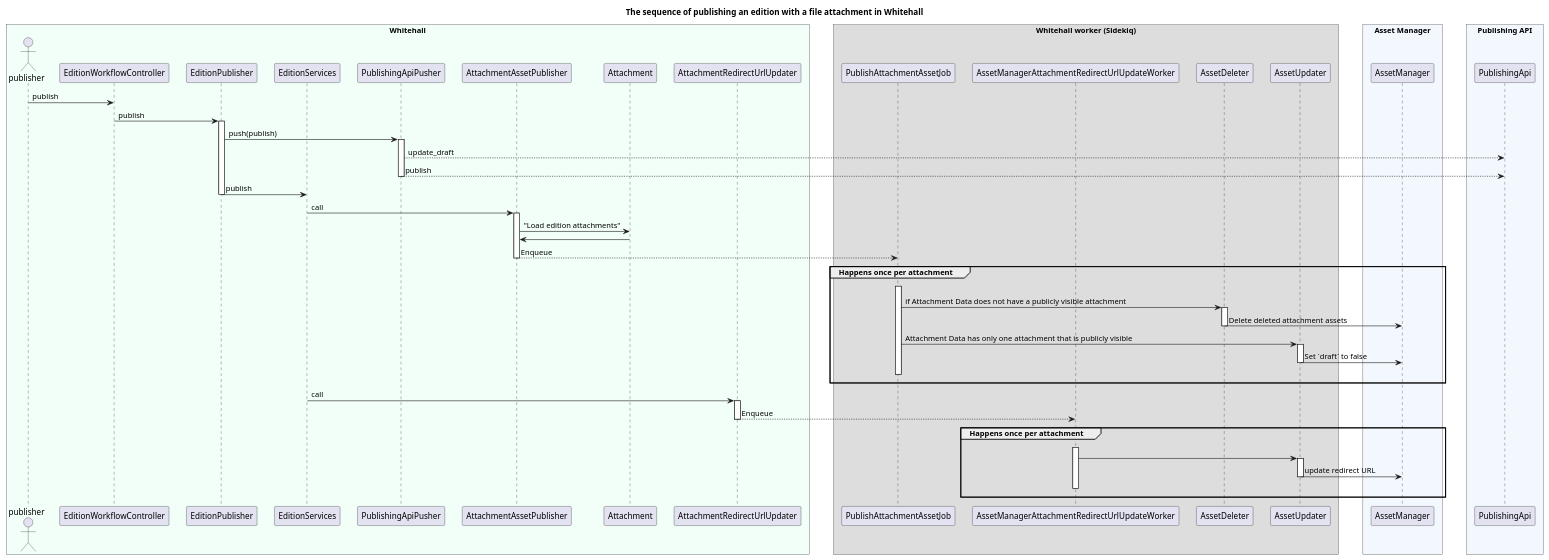
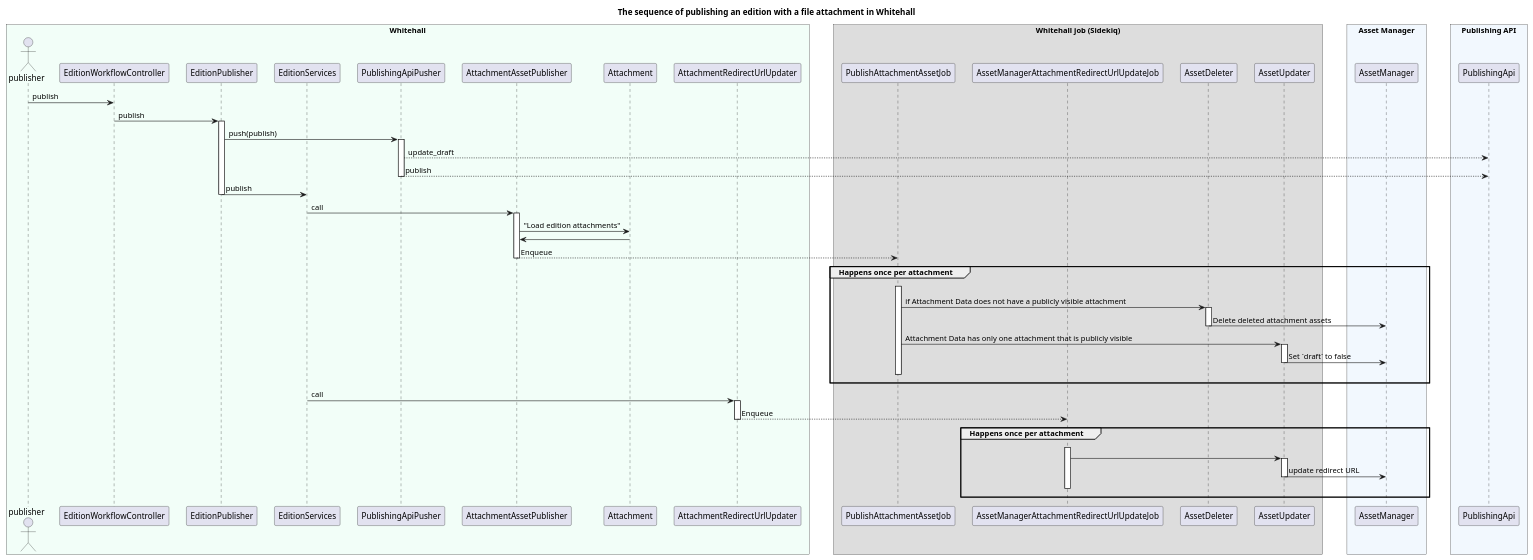
The diagram in docs/diagrams/asset_attachment_edition_publishing_flow.puml (alphagov/whitehall), drawn with PlantUML before and after one commit. The commit also changed 296 other files, not shown here.

Commit message:
Rename worker with job

```diff
--- a/docs/diagrams/asset_attachment_edition_publishing_flow.puml
+++ b/docs/diagrams/asset_attachment_edition_publishing_flow.puml
@@ -1,73 +1,73 @@
 @startuml asset_attachment_edition_publishing_flow
 
 title The sequence of publishing an edition with a file attachment in Whitehall
 skinparam BoxPadding 20
 skinparam ParticipantPadding 10
 
 box "Whitehall" #f2fef8
 actor publisher
 participant EditionWorkflowController
 participant EditionPublisher
 participant EditionServices
 participant PublishingApiPusher
 participant AttachmentAssetPublisher
 participant Attachment
 participant AttachmentRedirectUrlUpdater
 end box
 
-box Whitehall worker (Sidekiq)
+box Whitehall job (Sidekiq)
 participant PublishAttachmentAssetJob
-participant AssetManagerAttachmentRedirectUrlUpdateWorker
+participant AssetManagerAttachmentRedirectUrlUpdateJob
 participant AssetDeleter
 participant AssetUpdater
 end box
 
 box "Asset Manager" #f2f8fe
 participant AssetManager
 end box
 
 box "Publishing API" #f2f8fe
 participant PublishingApi
 end box
 
 publisher -> EditionWorkflowController : publish
 EditionWorkflowController -> EditionPublisher : publish
 activate EditionPublisher
 EditionPublisher -> PublishingApiPusher : push(publish)
 activate PublishingApiPusher
 PublishingApiPusher --> PublishingApi : update_draft
 PublishingApiPusher --> PublishingApi : publish
 deactivate PublishingApiPusher
 EditionPublisher -> EditionServices : publish
 deactivate EditionPublisher
 EditionServices -> AttachmentAssetPublisher : call
 
 activate AttachmentAssetPublisher
 AttachmentAssetPublisher -> Attachment : "Load edition attachments"
 Attachment -> AttachmentAssetPublisher
 AttachmentAssetPublisher --> PublishAttachmentAssetJob : Enqueue
 deactivate
 
 group Happens once per attachment
   PublishAttachmentAssetJob -[hidden]> PublishAttachmentAssetJob++
   PublishAttachmentAssetJob -> AssetDeleter++ : if Attachment Data does not have a publicly visible attachment
   AssetDeleter -> AssetManager-- : Delete deleted attachment assets
   PublishAttachmentAssetJob -> AssetUpdater++ : Attachment Data has only one attachment that is publicly visible
   AssetUpdater -> AssetManager-- : Set `draft` to false
   PublishAttachmentAssetJob -[hidden]> PublishAttachmentAssetJob--
 end group
 
 EditionServices -> AttachmentRedirectUrlUpdater : call
 
 activate AttachmentRedirectUrlUpdater
-AttachmentRedirectUrlUpdater --> AssetManagerAttachmentRedirectUrlUpdateWorker : Enqueue
+AttachmentRedirectUrlUpdater --> AssetManagerAttachmentRedirectUrlUpdateJob : Enqueue
 deactivate
 
 group Happens once per attachment
-  AssetManagerAttachmentRedirectUrlUpdateWorker -[hidden]> AssetManagerAttachmentRedirectUrlUpdateWorker++
-  AssetManagerAttachmentRedirectUrlUpdateWorker -> AssetUpdater++
+  AssetManagerAttachmentRedirectUrlUpdateJob -[hidden]> AssetManagerAttachmentRedirectUrlUpdateJob++
+  AssetManagerAttachmentRedirectUrlUpdateJob -> AssetUpdater++
   AssetUpdater -> AssetManager-- : update redirect URL
-  AssetManagerAttachmentRedirectUrlUpdateWorker -[hidden]> AssetManagerAttachmentRedirectUrlUpdateWorker--
+  AssetManagerAttachmentRedirectUrlUpdateJob -[hidden]> AssetManagerAttachmentRedirectUrlUpdateJob--
 end group
 
 @enduml
```
